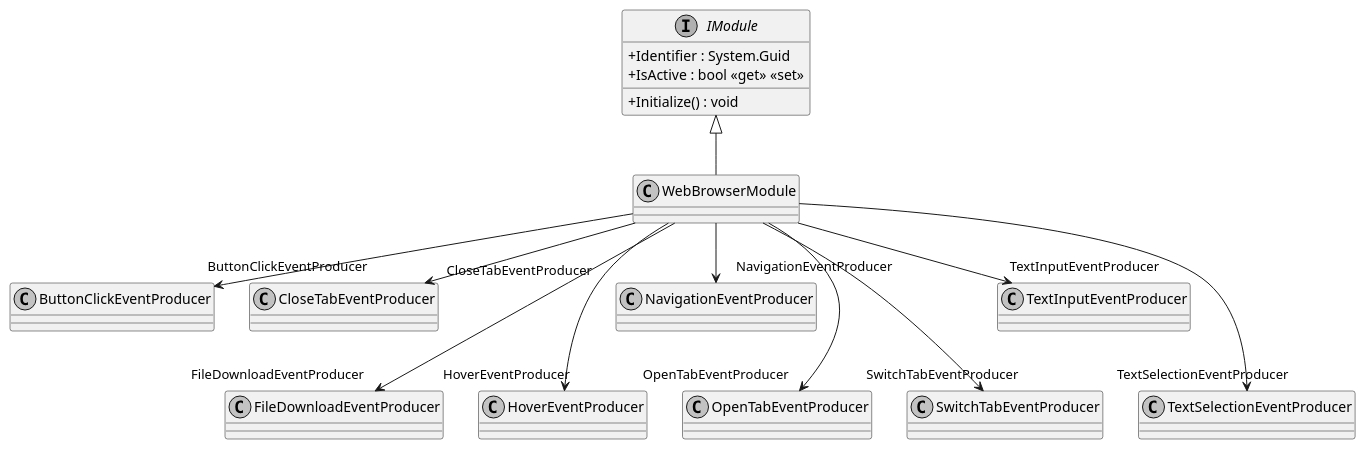
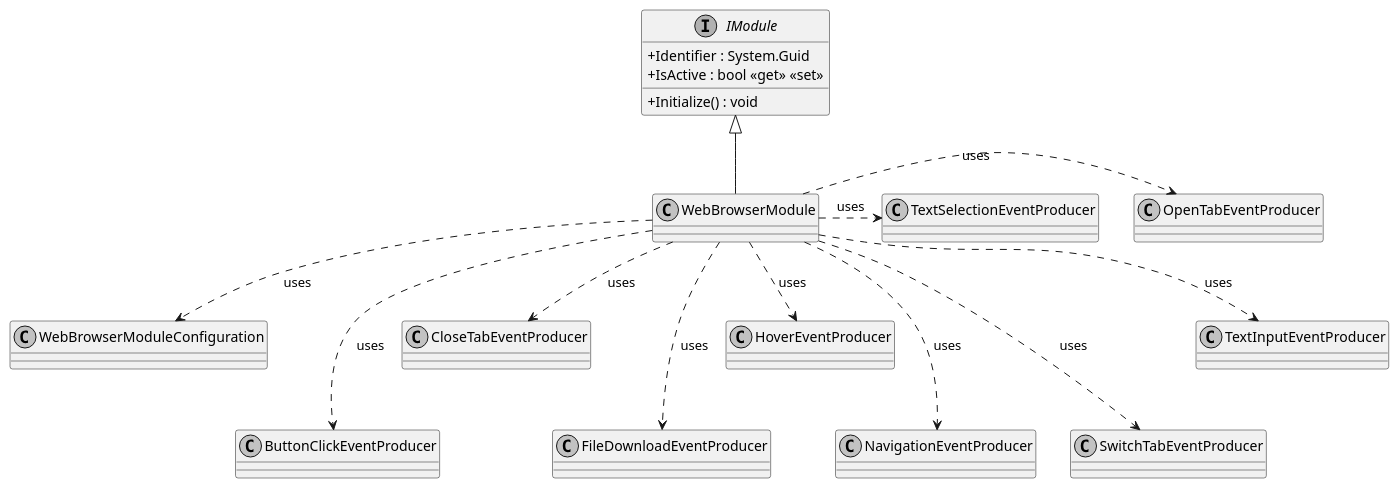
The diagram in documents/sd/plantuml/application/Modules/WebBrowser/WebBrowserModule.puml (insightmind/MORR), drawn with PlantUML before and after one commit. The commit also changed 10 other files, not shown here.

```diff
--- a/documents/sd/plantuml/application/Modules/WebBrowser/WebBrowserModule.puml
+++ b/documents/sd/plantuml/application/Modules/WebBrowser/WebBrowserModule.puml
@@ -1,25 +1,26 @@
 @startuml
 skinparam monochrome true
 skinparam classAttributeIconSize 0
 
 class WebBrowserModule {
 }
 
 
 interface IModule {
     + Identifier : System.Guid
     + IsActive : bool <<get>> <<set>>
     + Initialize() : void
 }
 
 IModule <|-- WebBrowserModule
-WebBrowserModule --> "ButtonClickEventProducer" ButtonClickEventProducer
-WebBrowserModule =-> "CloseTabEventProducer" CloseTabEventProducer
-WebBrowserModule ---> "FileDownloadEventProducer" FileDownloadEventProducer
-WebBrowserModule ---> "HoverEventProducer" HoverEventProducer
-WebBrowserModule --> "NavigationEventProducer" NavigationEventProducer
-WebBrowserModule ---> "OpenTabEventProducer" OpenTabEventProducer
-WebBrowserModule ---> "SwitchTabEventProducer" SwitchTabEventProducer
-WebBrowserModule --> "TextInputEventProducer" TextInputEventProducer
-WebBrowserModule ---> "  TextSelectionEventProducer" TextSelectionEventProducer
+WebBrowserModule ..> WebBrowserModuleConfiguration : "uses"
+WebBrowserModule ...> ButtonClickEventProducer : "uses"
+WebBrowserModule ..> CloseTabEventProducer : "uses"
+WebBrowserModule ...> FileDownloadEventProducer : "uses"
+WebBrowserModule ..> HoverEventProducer : "uses"
+WebBrowserModule ...> NavigationEventProducer : "uses"
+WebBrowserModule .> OpenTabEventProducer : "uses"
+WebBrowserModule ...> SwitchTabEventProducer : "uses"
+WebBrowserModule ..> TextInputEventProducer : "uses"
+WebBrowserModule .> TextSelectionEventProducer : "uses"
 @enduml
```
